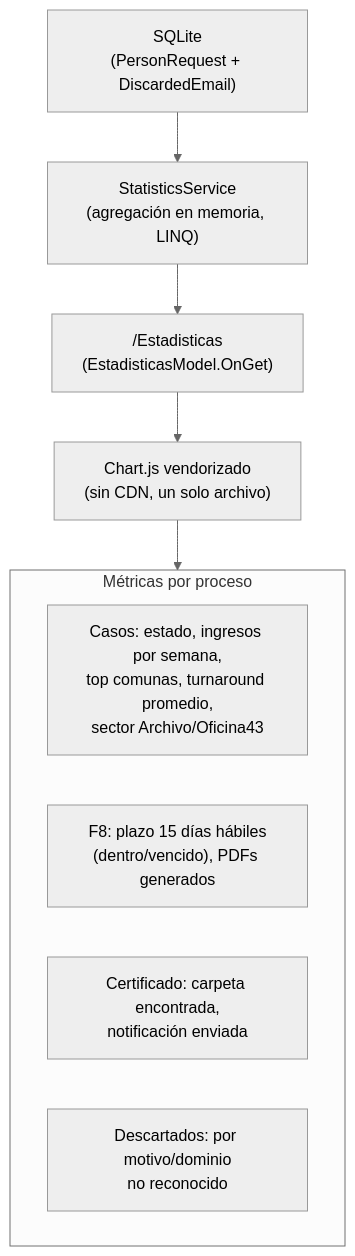
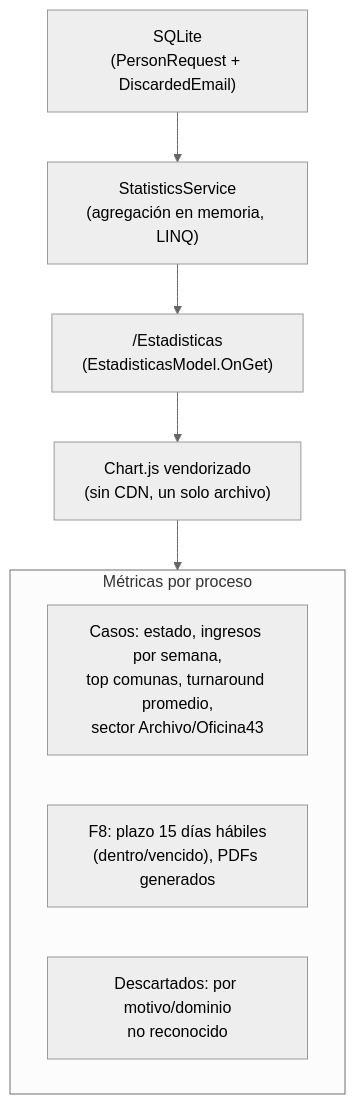
The sixth of 6 diagrams in docs/diagrama-sistema.md (corsal2025/cambio-de-domicilio), drawn with Mermaid (neutral theme) before and after one commit. The commit also changed other lines of this file and 67 other files, not shown here.

````diff
--- a/docs/diagrama-sistema.md
+++ b/docs/diagrama-sistema.md
@@ -152,15 +143,14 @@
 ```mermaid
 flowchart TB
     SQLITE["SQLite<br/>(PersonRequest + DiscardedEmail)"] --> SVC["StatisticsService<br/>(agregación en memoria, LINQ)"]
     SVC --> EST["/Estadisticas<br/>(EstadisticasModel.OnGet)"]
     EST --> CHARTS["Chart.js vendorizado<br/>(sin CDN, un solo archivo)"]
 
     subgraph Metricas["Métricas por proceso"]
         M1["Casos: estado, ingresos por semana,<br/>top comunas, turnaround promedio,<br/>sector Archivo/Oficina43"]
         M2["F8: plazo 15 días hábiles<br/>(dentro/vencido), PDFs generados"]
-        M3["Certificado: carpeta encontrada,<br/>notificación enviada"]
         M4["Descartados: por motivo/dominio<br/>no reconocido"]
     end
 
     CHARTS --> Metricas
 ```
````
